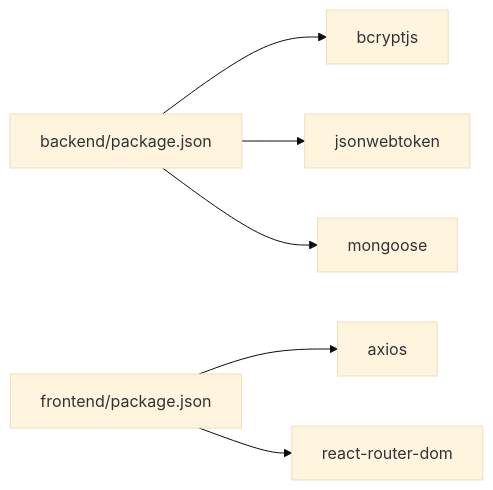
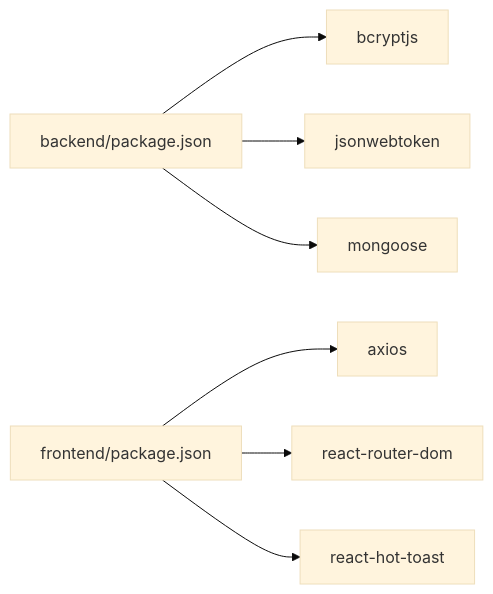
The ninth of 10 diagrams in .qoder/repowiki/en/content/Authentication & Authorization/Login & Registration Process.md (Pavan-PSPK9032/TrendsandToss), drawn with Mermaid (base theme) before and after one commit. The commit also changed other lines of this file and 16 other files, not shown here.

````diff
--- a/.qoder/repowiki/en/content/Authentication & Authorization/Login & Registration Process.md
+++ b/.qoder/repowiki/en/content/Authentication & Authorization/Login & Registration Process.md
@@ -332,8 +384,9 @@
 ```mermaid
 graph LR
 BE_PKG["backend/package.json"] --> BC["bcryptjs"]
 BE_PKG --> JWT["jsonwebtoken"]
 BE_PKG --> MONGO["mongoose"]
 FE_PKG["frontend/package.json"] --> AX["axios"]
 FE_PKG --> RR["react-router-dom"]
+FE_PKG --> RT["react-hot-toast"]
 ```
````
